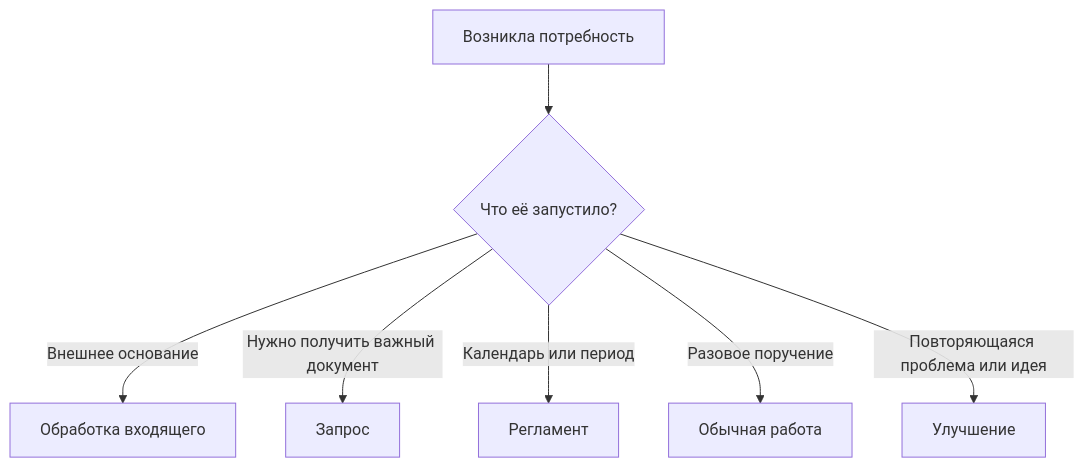
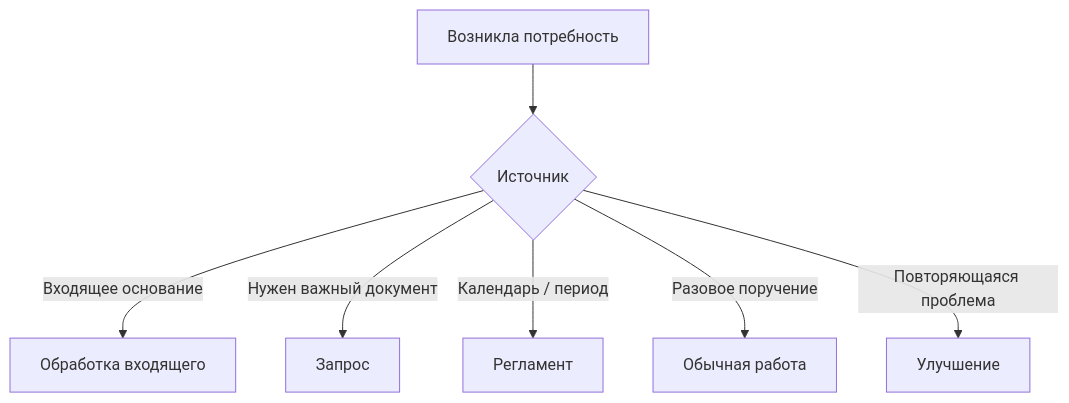
One commit to lazuale/department changed the diagram in docs/06-processes.md. Above: the diagram before and after it, drawn with Mermaid. The commit also changed other lines of this file, not shown here.

````diff
--- a/docs/06-processes.md
+++ b/docs/06-processes.md
@@ -48,9 +21,9 @@
 ```mermaid
 flowchart TD
-    A[Возникла потребность] --> B{Что её запустило?}
-    B -- Внешнее основание --> C[Обработка входящего]
-    B -- Нужно получить важный документ --> D[Запрос]
-    B -- Календарь или период --> E[Регламент]
+    A[Возникла потребность] --> B{Источник}
+    B -- Входящее основание --> C[Обработка входящего]
+    B -- Нужен важный документ --> D[Запрос]
+    B -- Календарь / период --> E[Регламент]
     B -- Разовое поручение --> F[Обычная работа]
-    B -- Повторяющаяся проблема или идея --> H[Улучшение]
+    B -- Повторяющаяся проблема --> G[Улучшение]
 ```
````
